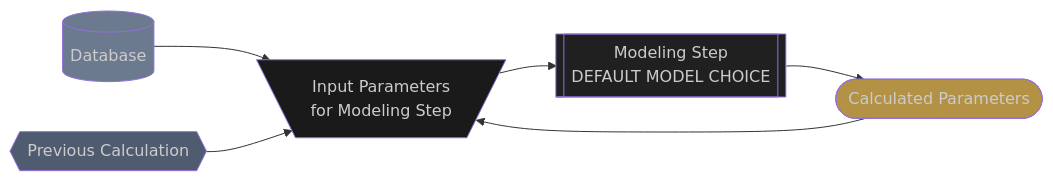
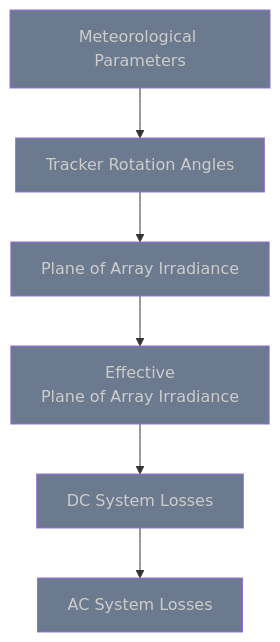
Before and after one commit to ProximalEnergy/docs-mdbook: the diagram in src/pv_performance/pv_model_overview.md, drawn with Mermaid. The commit also changed other lines of this file and 2 other files, not shown here.

````diff
--- a/src/pv_performance/pv_model_overview.md
+++ b/src/pv_performance/pv_model_overview.md
@@ -64,27 +67,37 @@
 ```mermaid
-  flowchart LR
+flowchart TD
 
-  %% --- CLASSES ---
-  classDef source fill:#6B7A8F, color:#CCCCCC
-  classDef previous fill:#4F5B6F,color:#CCCCCC
-  classDef model fill:#202020, color:#CCCCCC
-  classDef inputs fill:#1A1A1A, color:#CCCCCC
-  classDef outputs fill:#B39245, color:#CCCCCC
+%% --- CLASSES ---
+classDef source fill:#6B7A8F, color:#CCCCCC
+classDef model fill:#202020, color:#CCCCCC
+classDef model_dashed fill:#202020, color:#CCCCCC, stroke-dasharray: 5 5
+classDef inputs fill:#1A1A1A, color:#CCCCCC
+classDef outputs fill:#B39245, color:#CCCCCC
 
-  database[(Database)]:::source
-  previous{{Previous Calculation}}:::previous
-  model_step[[
-    Modeling Step
-    DEFAULT MODEL CHOICE
-  ]]:::model
-  model_inputs[\
-    Input Parameters
-    for Modeling Step
-  /]:::inputs
-  model_outputs([Calculated Parameters]):::outputs
+met_params[Meteorological Parameters]:::source
+click met_params "./meteorological_parameters.html"
 
-  database --> model_inputs
-  previous --> model_inputs
-  model_inputs --> model_step --> model_outputs --> model_inputs
+tracker_rotation_angles[Tracker Rotation Angles]:::source
+click tracker_rotation_angles "./tracker_rotation_angles.html"
 
+poai[Plane of Array Irradiance]:::source
+click poai "./plane_of_array_irradiance.html"
+
+epoai[
+    Effective
+    Plane of Array Irradiance
+]:::source
+click epoai "./effective_plane_of_array_irradiance.html"
+
+DC[DC System Losses]:::source
+click DC "dc_system_losses.html"
+
+AC[AC System Losses]:::source
+click AC "ac_system_losses.html"
+
+met_params --> tracker_rotation_angles
+tracker_rotation_angles --> poai
+poai --> epoai
+epoai --> DC
+DC --> AC
 ```
````
